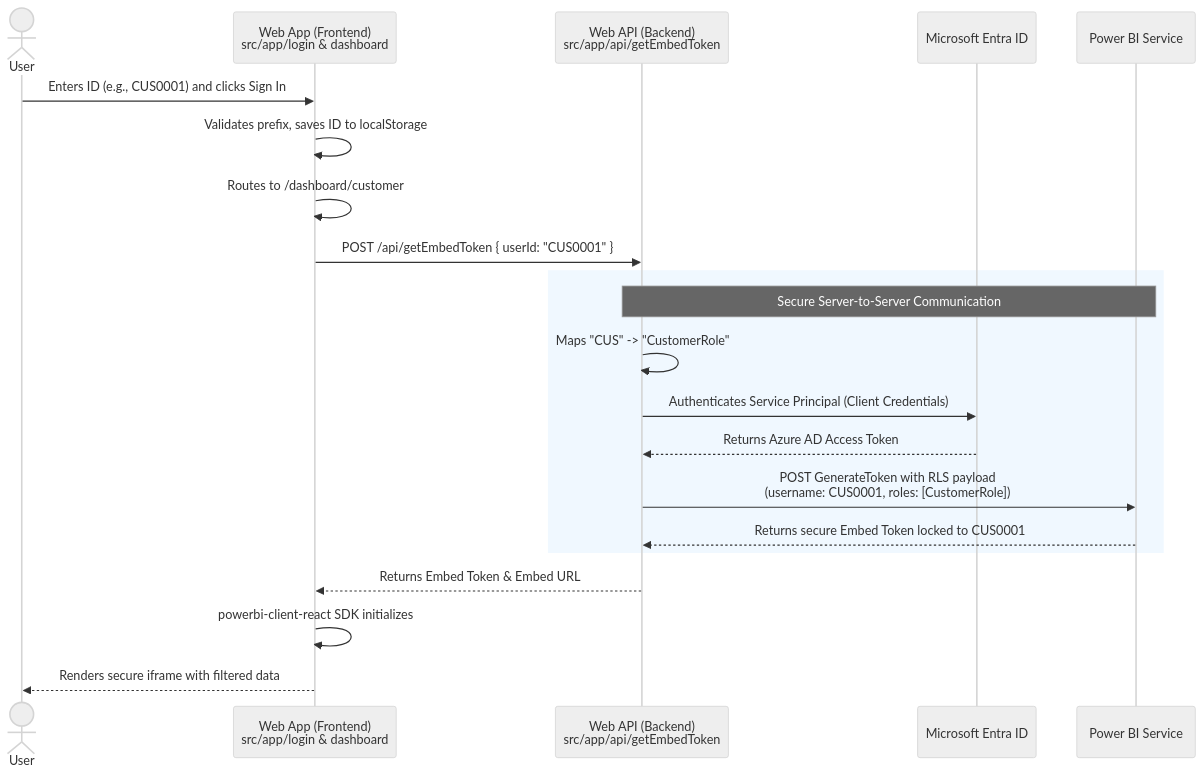
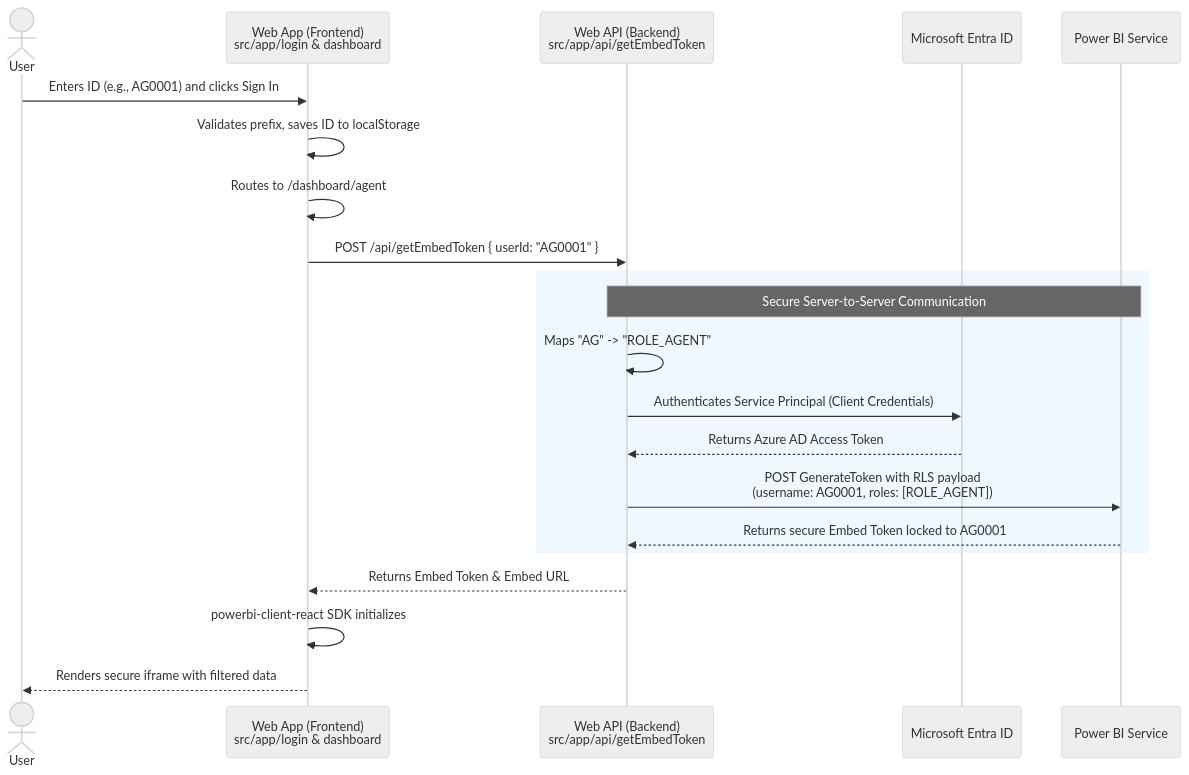
Before and after one commit to anhtnt90dev/rookies-data-dn-2026: the diagram in docs/embedded/web-app-architecture.md, drawn with Mermaid (neutral theme). The commit also changed other lines of this file and 3 other files, not shown here.

````diff
--- a/docs/embedded/web-app-architecture.md
+++ b/docs/embedded/web-app-architecture.md
@@ -15,26 +15,26 @@
 ```mermaid
 sequenceDiagram
     actor User
     participant Frontend as Web App (Frontend)<br/>src/app/login & dashboard
     participant Backend as Web API (Backend)<br/>src/app/api/getEmbedToken
     participant Azure as Microsoft Entra ID
     participant PowerBI as Power BI Service
-    
-    User->>Frontend: Enters ID (e.g., CUS0001) and clicks Sign In
+
+        User->>Frontend: Enters ID (e.g., AG0001) and clicks Sign In
     Frontend->>Frontend: Validates prefix, saves ID to localStorage
-    Frontend->>Frontend: Routes to /dashboard/customer
-    Frontend->>Backend: POST /api/getEmbedToken { userId: "CUS0001" }
-    
+    Frontend->>Frontend: Routes to /dashboard/agent
+    Frontend->>Backend: POST /api/getEmbedToken { userId: "AG0001" }
+
     rect rgb(240, 248, 255)
         Note over Backend, PowerBI: Secure Server-to-Server Communication
-        Backend->>Backend: Maps "CUS" -> "CustomerRole"
+        Backend->>Backend: Maps "AG" -> "ROLE_AGENT"
         Backend->>Azure: Authenticates Service Principal (Client Credentials)
         Azure-->>Backend: Returns Azure AD Access Token
-        Backend->>PowerBI: POST GenerateToken with RLS payload<br/>(username: CUS0001, roles: [CustomerRole])
-        PowerBI-->>Backend: Returns secure Embed Token locked to CUS0001
+        Backend->>PowerBI: POST GenerateToken with RLS payload<br/>(username: AG0001, roles: [ROLE_AGENT])
+        PowerBI-->>Backend: Returns secure Embed Token locked to AG0001
     end
-    
+
     Backend-->>Frontend: Returns Embed Token & Embed URL
     Frontend->>Frontend: powerbi-client-react SDK initializes
     Frontend-->>User: Renders secure iframe with filtered data
 ```
````
